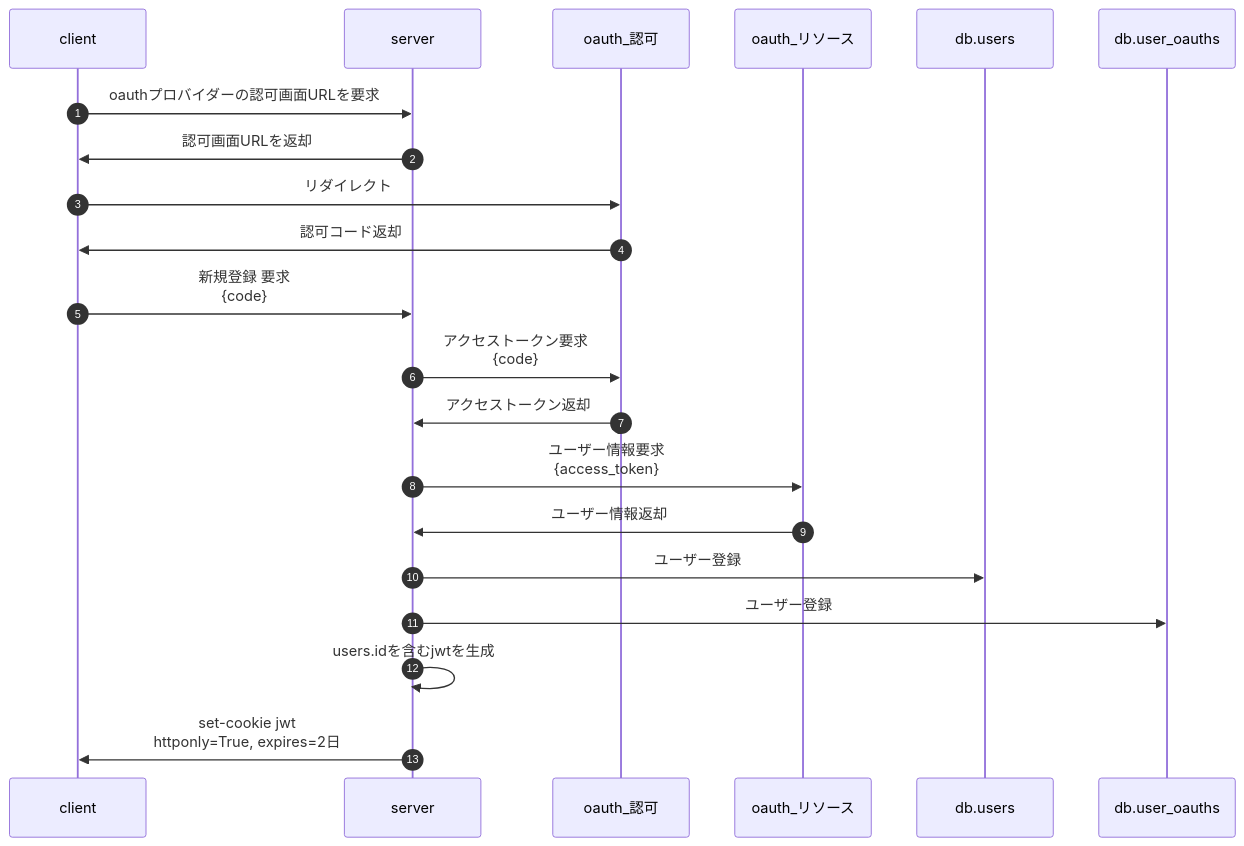
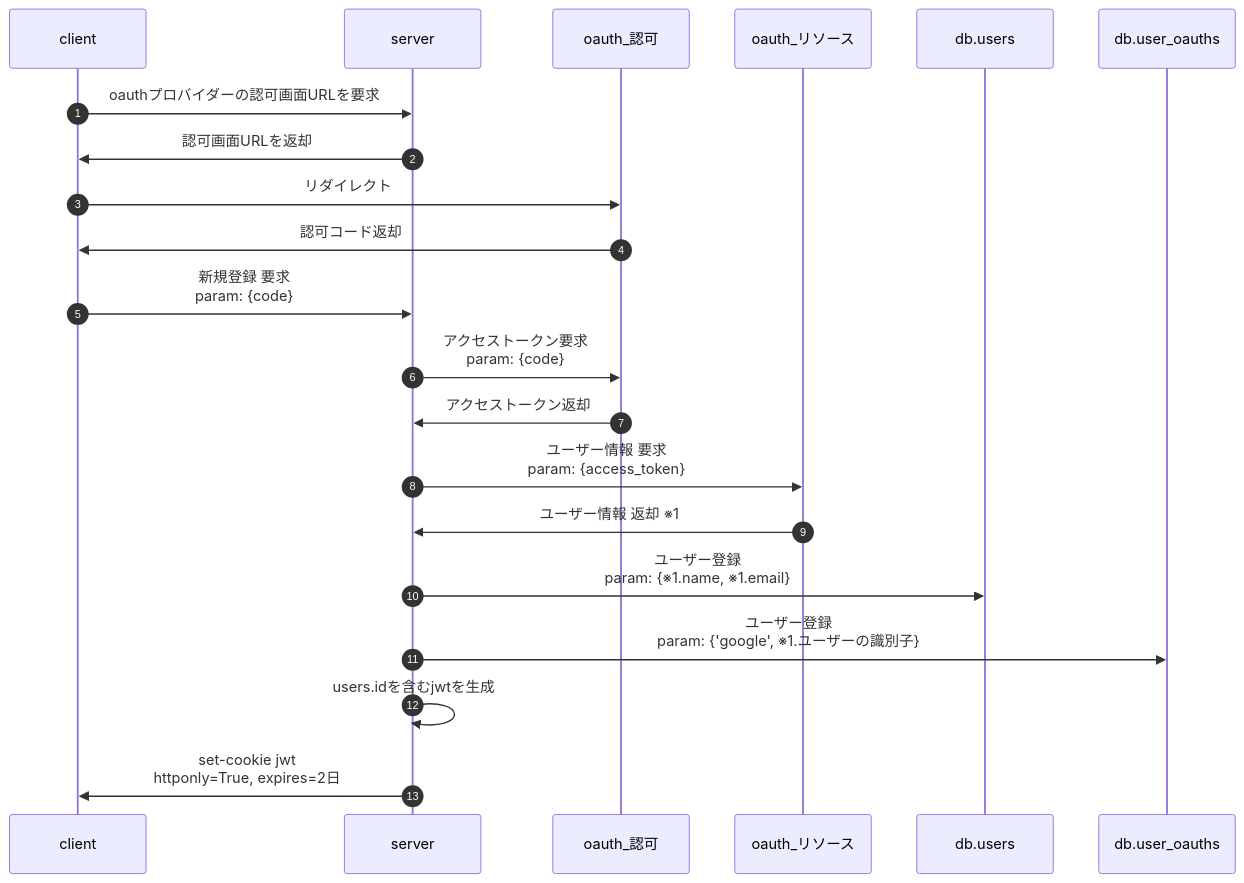
Before and after one commit to ritogk/zenn-contents: the third of 5 diagrams in articles/e42264fd408e78.md, drawn with Mermaid. The commit also changed other lines of this file, not shown here.

````diff
--- a/articles/e42264fd408e78.md
+++ b/articles/e42264fd408e78.md
@@ -68,17 +75,17 @@
 ```mermaid
 sequenceDiagram
 	autonumber
 	client->>server: oauthプロバイダーの認可画面URLを要求
     server->>client: 認可画面URLを返却
     client->>oauth_認可: リダイレクト
     oauth_認可->>client: 認可コード返却
-    client->>server: 新規登録 要求<br>{code}
-    server->>oauth_認可: アクセストークン要求<br>{code}
+    client->>server: 新規登録 要求<br>param: {code}
+    server->>oauth_認可: アクセストークン要求<br>param: {code}
     oauth_認可->>server: アクセストークン返却
-    server->>oauth_リソース: ユーザー情報要求<br>{access_token}
-    oauth_リソース->>server: ユーザー情報返却
-    server->>db.users: ユーザー登録
-    server->>db.user_oauths: ユーザー登録
+    server->>oauth_リソース: ユーザー情報 要求<br>param: {access_token}
+    oauth_リソース->>server: ユーザー情報 返却 ※1
+    server->>db.users: ユーザー登録<br>param: {※1.name, ※1.email}
+    server->>db.user_oauths: ユーザー登録<br>param: {'google', ※1.ユーザーの識別子}
     server->>server: users.idを含むjwtを生成
     server->>client: set-cookie jwt<br>httponly=True, expires=2日
 ```
````
